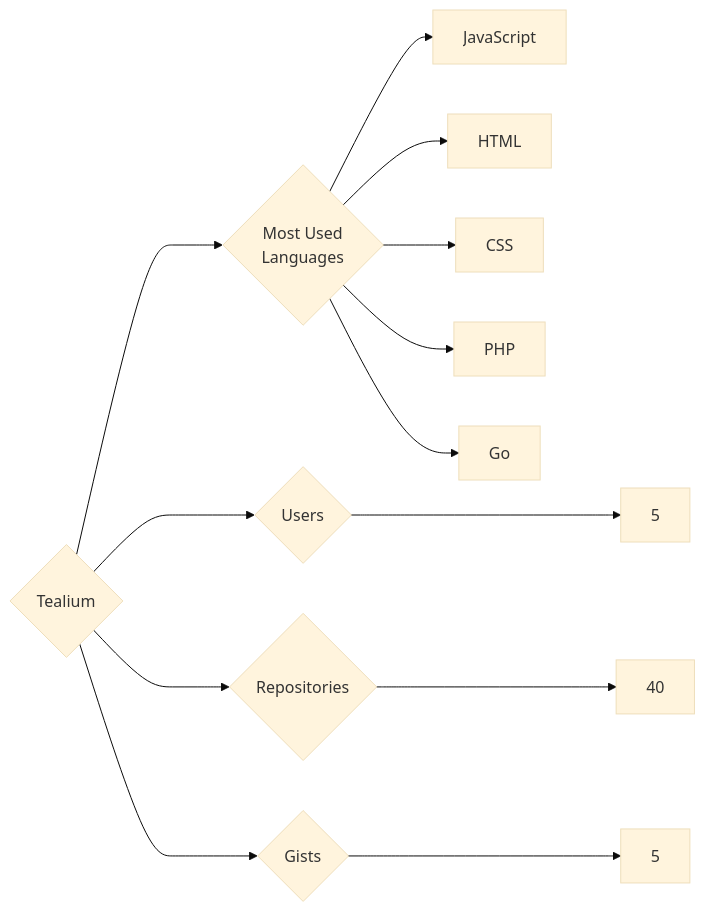
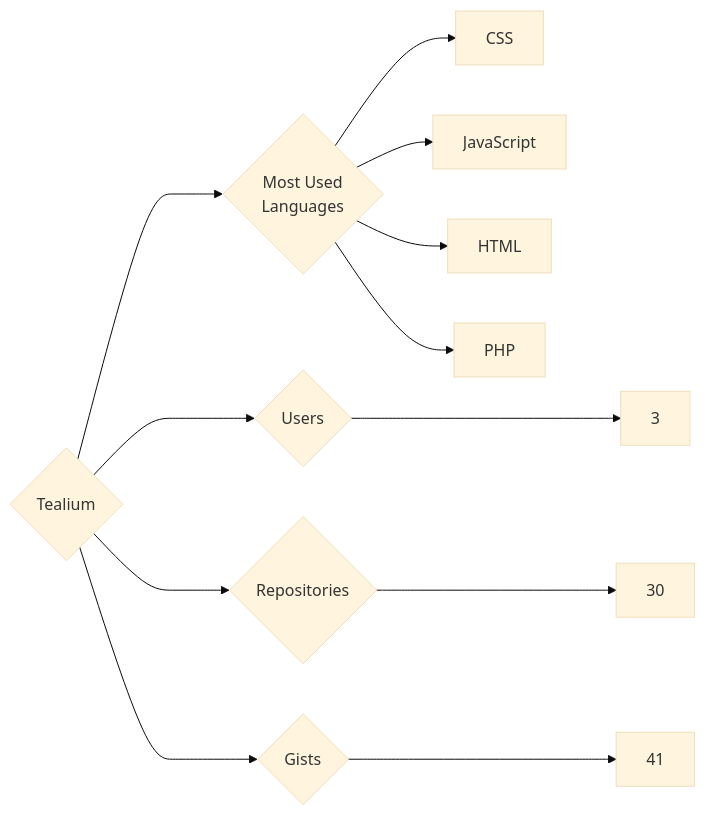
The diagram in targets/Tealium/README.md (trickest/insiders), drawn with Mermaid (base theme) before and after one commit. The commit also changed 1496 other files, not shown here.

````diff
--- a/targets/Tealium/README.md
+++ b/targets/Tealium/README.md
@@ -3,13 +3,12 @@
 ```mermaid
 graph LR
 COMPANY_NAME{Tealium}
-COMPANY_NAME ---> U{Users} ---> UN[5]
-COMPANY_NAME ---> R{Repositories} ---> RN[40]
-COMPANY_NAME ---> G{Gists} ---> GN[5]
+COMPANY_NAME ---> U{Users} ---> UN[3]
+COMPANY_NAME ---> R{Repositories} ---> RN[30]
+COMPANY_NAME ---> G{Gists} ---> GN[41]
 COMPANY_NAME ---> ML{Most Used<br>Languages}
+ML --> CSS[CSS]
 ML --> JavaScript[JavaScript]
 ML --> HTML[HTML]
-ML --> CSS[CSS]
 ML --> PHP[PHP]
-ML --> Go[Go]
 ```
````
